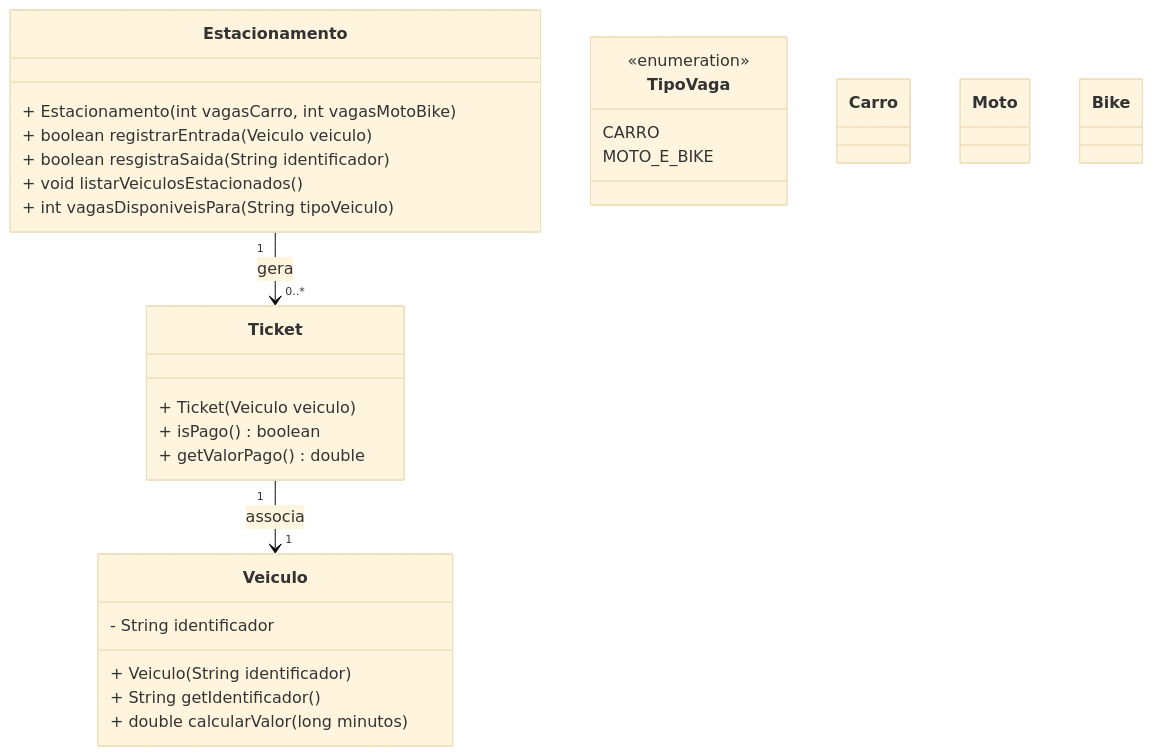
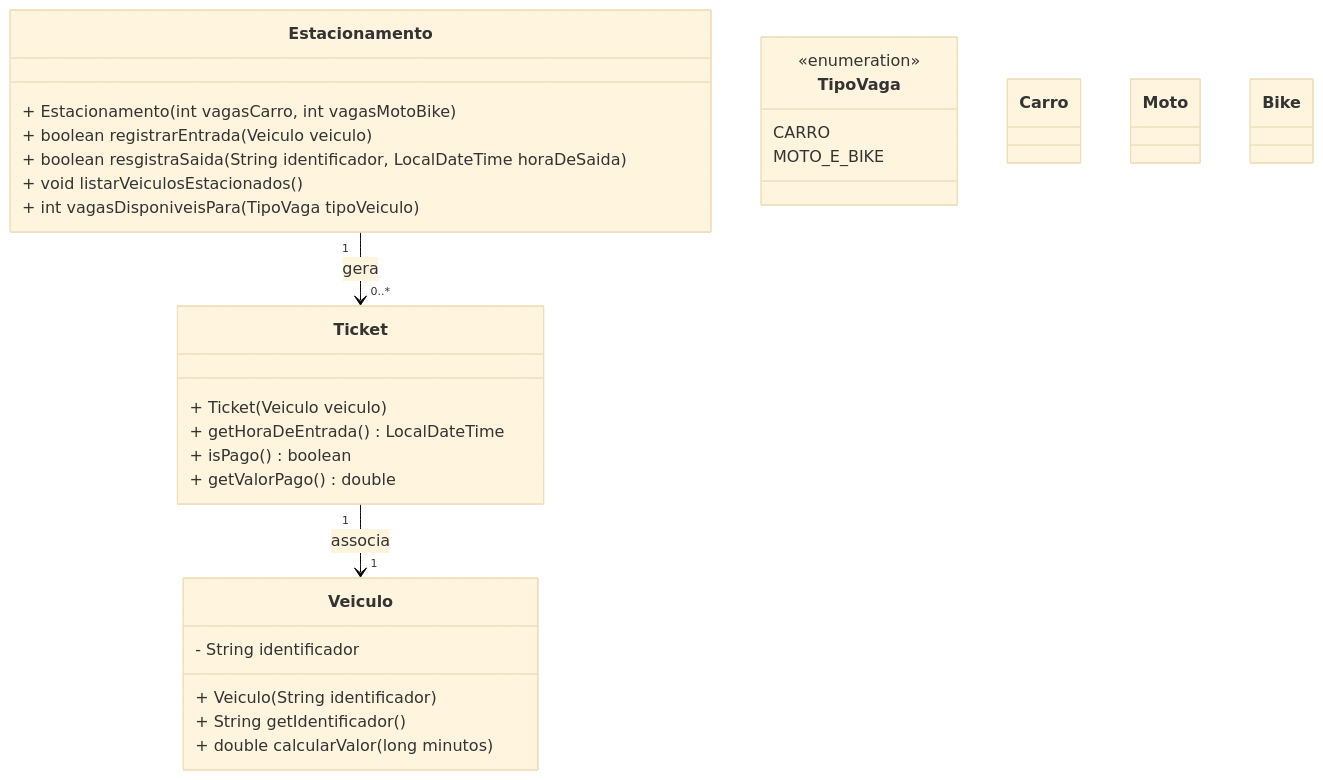
One commit to profBruno-UFC-Qx/Estacionamento changed the diagram in README.md. Above: the diagram before and after it, drawn with Mermaid (base theme). The commit also changed other lines of this file and 4 other files, not shown here.

````diff
--- a/README.md
+++ b/README.md
@@ -62,42 +62,43 @@
 ```mermaid
 classDiagram
 class Estacionamento {
 + Estacionamento(int vagasCarro, int vagasMotoBike)
 + boolean registrarEntrada(Veiculo veiculo)
-+ boolean resgistraSaida(String identificador)
++ boolean resgistraSaida(String identificador, LocalDateTime horaDeSaida)
 + void listarVeiculosEstacionados()
-+ int vagasDisponiveisPara(String tipoVeiculo)
++ int vagasDisponiveisPara(TipoVaga tipoVeiculo)
 }
 
     class Ticket {
         + Ticket(Veiculo veiculo)
+        + getHoraDeEntrada() LocalDateTime
         + isPago() boolean
         + getValorPago() double
     }
     
 
     class Veiculo {
         - String identificador
         + Veiculo(String identificador)
         + String getIdentificador()
         + double calcularValor(long minutos)
     }
     
     class TipoVaga {
         <<enumeration>>
         CARRO
         MOTO_E_BIKE
     } 
 
     class Carro {
     }
 
     class Moto {
     }
 
     class Bike {
     }
 
     Estacionamento "1" --> "0..*" Ticket : gera
     Ticket "1" --> "1" Veiculo : associa
 ```
````
